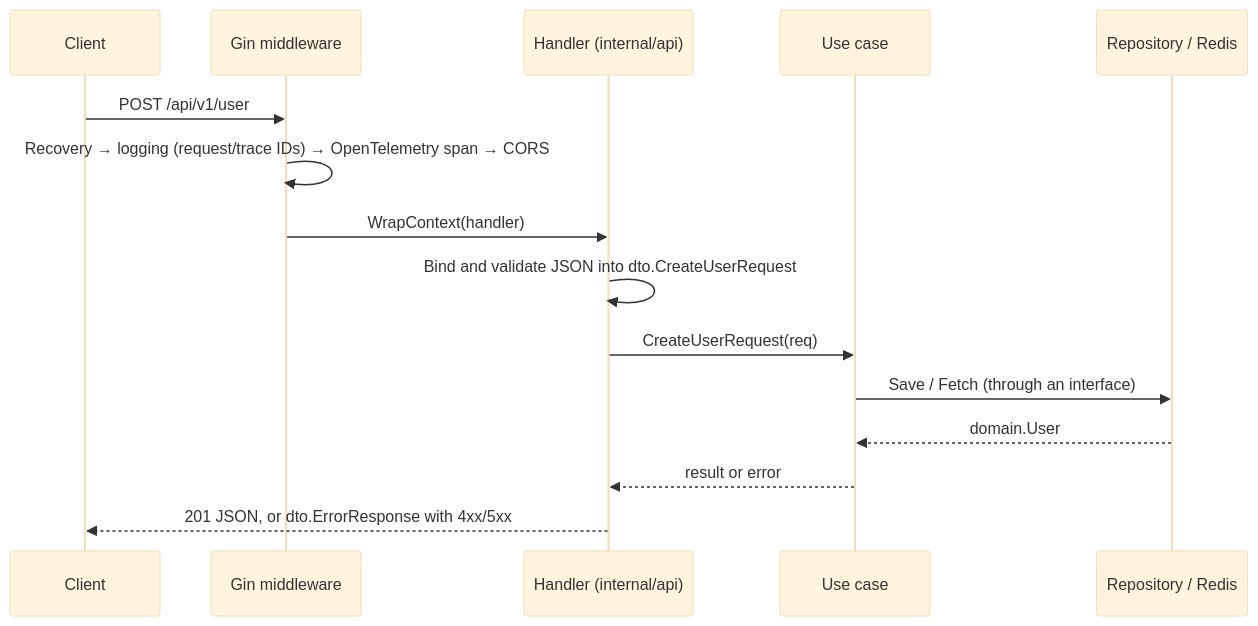
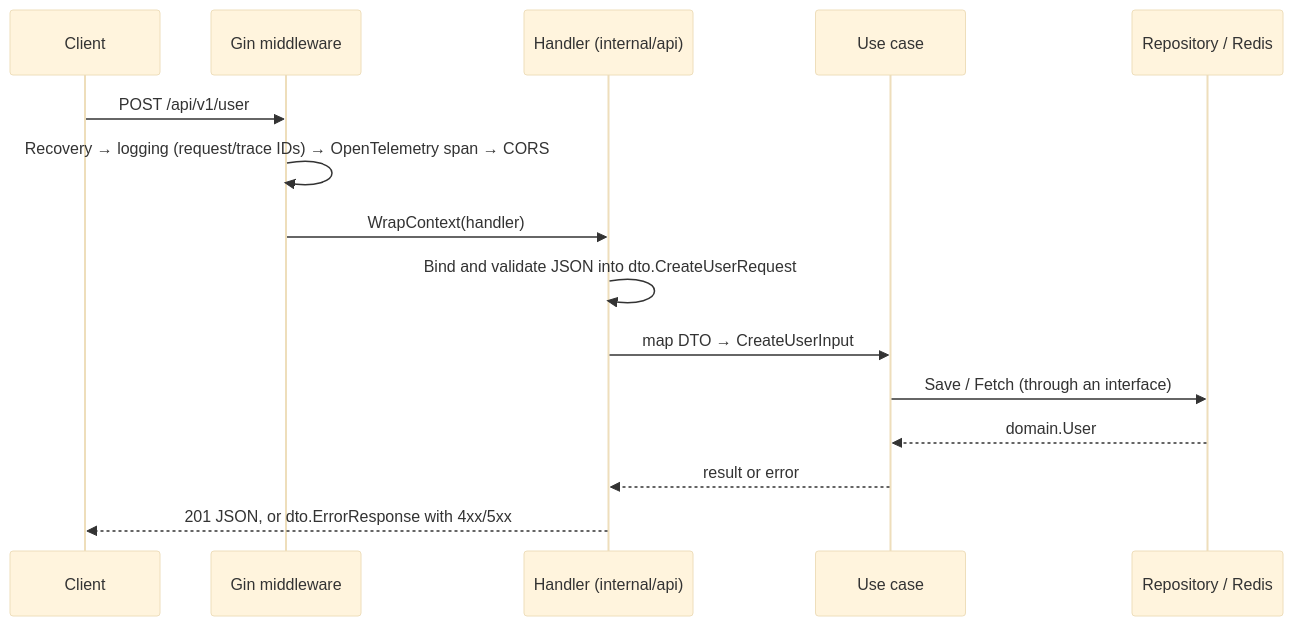
Before and after one commit to olx-india/go-service-template-clean-architecture: the second of 2 diagrams in docs/architecture.md, drawn with Mermaid (base theme). The commit also changed other lines of this file and 22 other files, not shown here.

````diff
--- a/docs/architecture.md
+++ b/docs/architecture.md
@@ -39,18 +38,18 @@
 ```mermaid
 sequenceDiagram
     participant C as Client
     participant G as Gin middleware
     participant H as Handler (internal/api)
     participant U as Use case
     participant R as Repository / Redis
 
     C->>G: POST /api/v1/user
     G->>G: Recovery → logging (request/trace IDs) → OpenTelemetry span → CORS
     G->>H: WrapContext(handler)
     H->>H: Bind and validate JSON into dto.CreateUserRequest
-    H->>U: CreateUserRequest(req)
+    H->>U: map DTO → CreateUserInput
     U->>R: Save / Fetch (through an interface)
     R-->>U: domain.User
     U-->>H: result or error
     H-->>C: 201 JSON, or dto.ErrorResponse with 4xx/5xx
 ```
````
